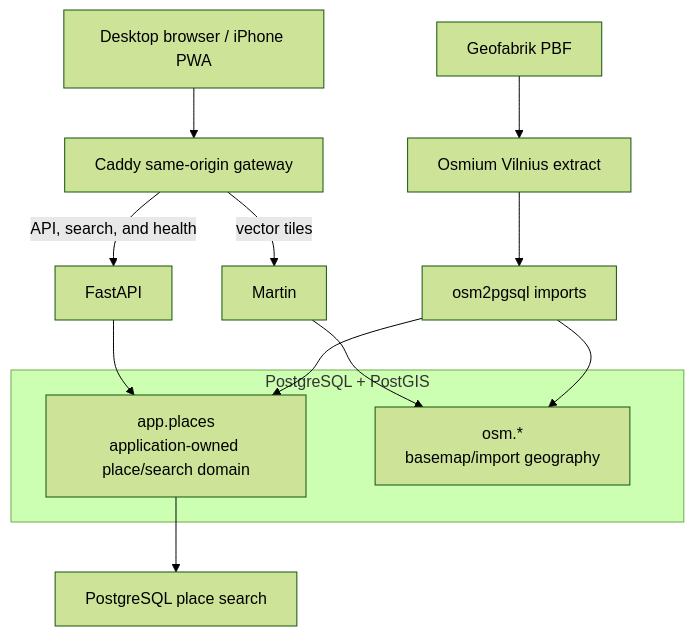
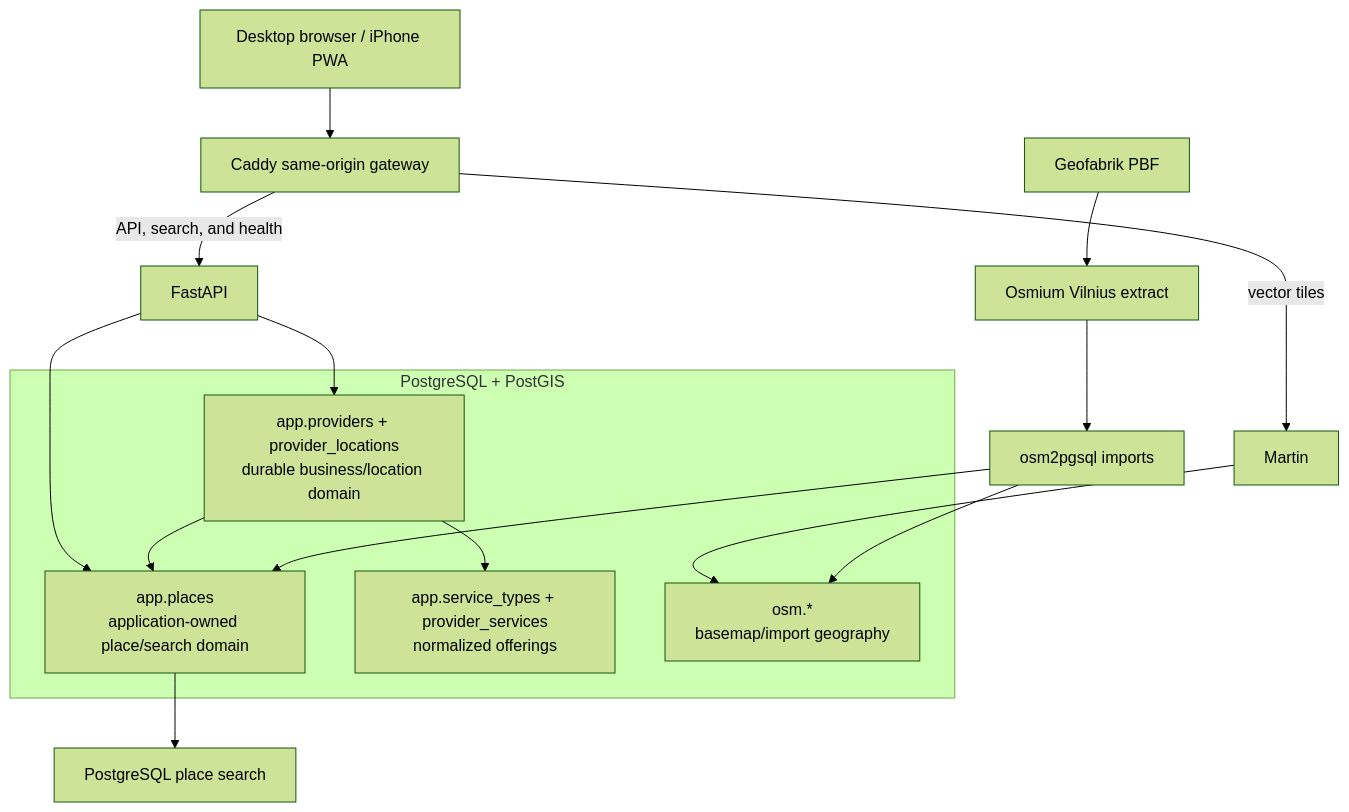
The diagram in README.md (Umar3331/Map), drawn with Mermaid (forest theme) before and after one commit. The commit also changed other lines of this file and 24 other files, not shown here.

Commit message:
feat: add provider service profiles

````diff
--- a/README.md
+++ b/README.md
@@ -35,20 +37,25 @@
 ```mermaid
 flowchart TB
     U["Desktop browser / iPhone PWA"] --> C["Caddy same-origin gateway"]
     C -->|"API, search, and health"| A["FastAPI"]
     C -->|"vector tiles"| M["Martin"]
 
     subgraph DB["PostgreSQL + PostGIS"]
         APP["app.places<br/>application-owned place/search domain"]
+        PROVIDERS["app.providers + provider_locations<br/>durable business/location domain"]
+        SERVICES["app.service_types + provider_services<br/>normalized offerings"]
         OSM["osm.*<br/>basemap/import geography"]
     end
 
     A --> APP
+    A --> PROVIDERS
+    PROVIDERS --> SERVICES
+    PROVIDERS --> APP
     M --> OSM
     APP --> S["PostgreSQL place search"]
 
     PBF["Geofabrik PBF"] --> O["Osmium Vilnius extract"]
     O --> IMP["osm2pgsql imports"]
     IMP --> OSM
     IMP --> APP
 ```
````
